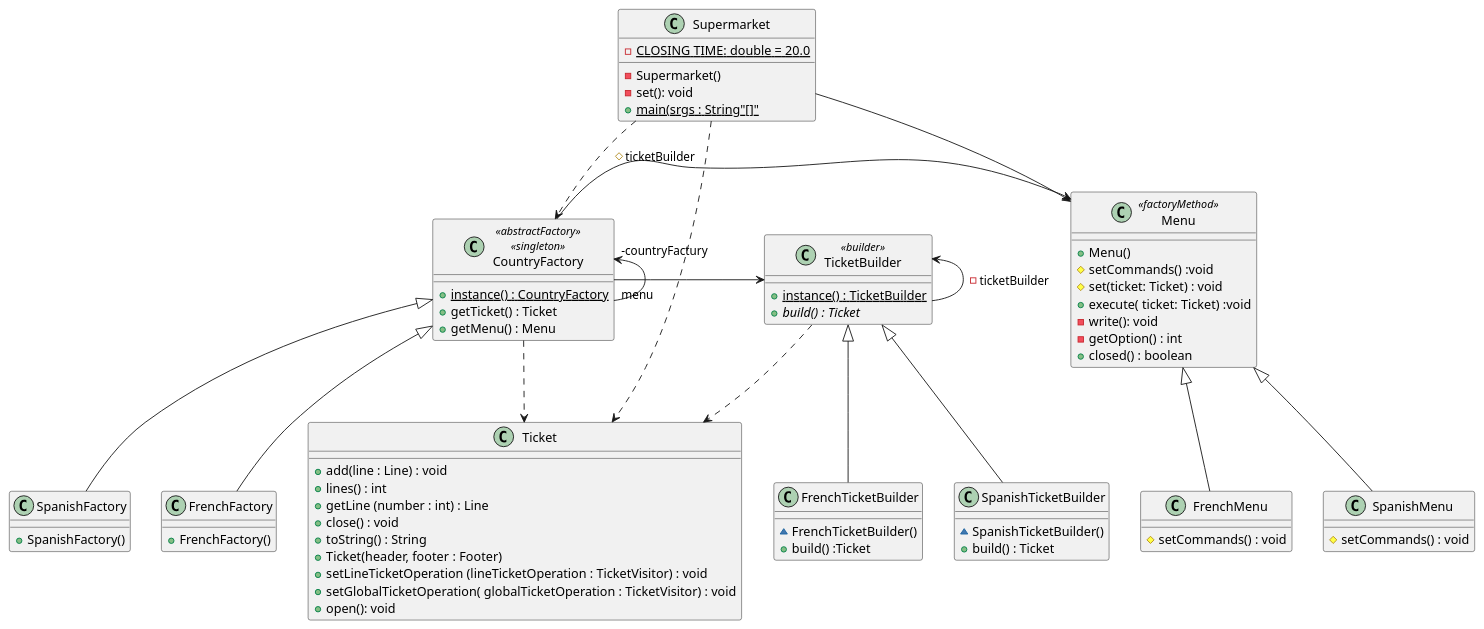
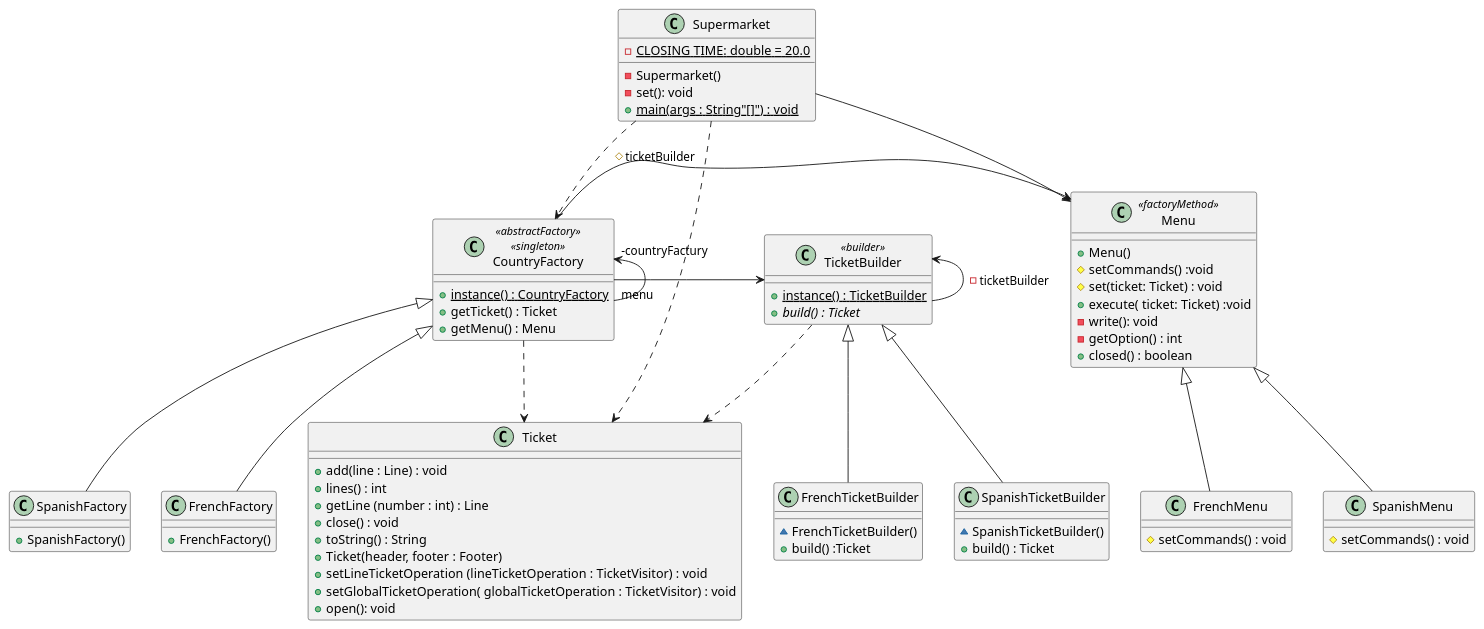
One commit to x-USantaTecla-manager-supermarket/requirements changed the diagram in docs/diagrams/src/abstractFactory.plantuml. Above: the diagram before and after it, drawn with PlantUML. The commit also changed 4 other files, not shown here.

```diff
--- a/docs/diagrams/src/abstractFactory.plantuml
+++ b/docs/diagrams/src/abstractFactory.plantuml
@@ -1,89 +1,89 @@
 @startuml abstractFactory
 class Supermarket {
 -{static} CLOSING TIME: double = 20.0
 - Supermarket()
 - set(): void
-+{static} main(srgs : String"[]"
++{static} main(args : String"[]") : void
 }
 
 class CountryFactory <<abstractFactory>> <<singleton>> {
 +{static} instance() : CountryFactory
 + getTicket() : Ticket
 + getMenu() : Menu
 }
 
 class Ticket {
 + add(line : Line) : void
 + lines() : int
 + getLine (number : int) : Line
 + close() : void
 + toString() : String
 + Ticket(header, footer : Footer)
 + setLineTicketOperation (lineTicketOperation : TicketVisitor) : void
 + setGlobalTicketOperation( globalTicketOperation : TicketVisitor) : void
 + open(): void
 }
 
 class SpanishFactory {
 + SpanishFactory()
 }
 
 class FrenchFactory {
 + FrenchFactory()
 }
 
 class Menu <<factoryMethod>> {
 + Menu()
 # setCommands() :void
 # set(ticket: Ticket) : void
 + execute( ticket: Ticket) :void
 - write(): void
 - getOption() : int
 + closed() : boolean
 }
 
 class TicketBuilder <<builder>> {
 + {static} instance() : TicketBuilder
 +{abstract} build() : Ticket
 }
 
 class SpanishMenu {
 #setCommands() : void
 }
 
 class FrenchMenu {
 #setCommands() : void
 }
 
 class SpanishTicketBuilder {
 
 ~SpanishTicketBuilder()
 +build() : Ticket
 }
 
 class FrenchTicketBuilder {
 
 ~FrenchTicketBuilder()
 +build() :Ticket
 }
 
 
 
 Supermarket .down.> CountryFactory
 
 Supermarket -down-> Menu
 CountryFactory "-countryFactury"<-- "menu" CountryFactory
 CountryFactory -right-> Menu :#ticketBuilder
 CountryFactory -right-> TicketBuilder
 CountryFactory <|-- SpanishFactory
 CountryFactory <|-- FrenchFactory
 
 Menu <|-- SpanishMenu
 Menu <|-- FrenchMenu
 TicketBuilder <-- TicketBuilder :-ticketBuilder
 TicketBuilder <|-- SpanishTicketBuilder
 TicketBuilder <|-- FrenchTicketBuilder
 CountryFactory .down.> Ticket
 Supermarket .down.> Ticket
 TicketBuilder .down.> Ticket
 @enduml
```
